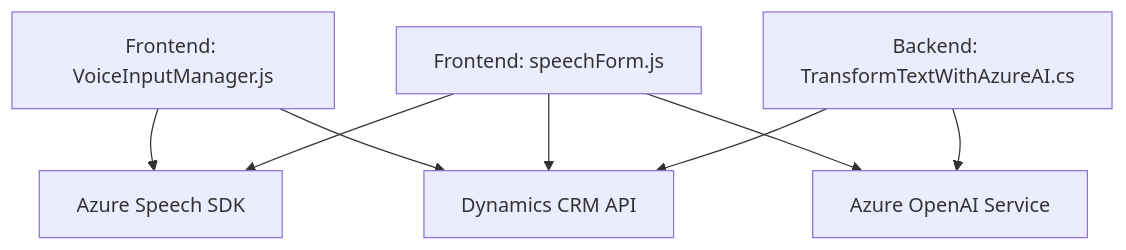
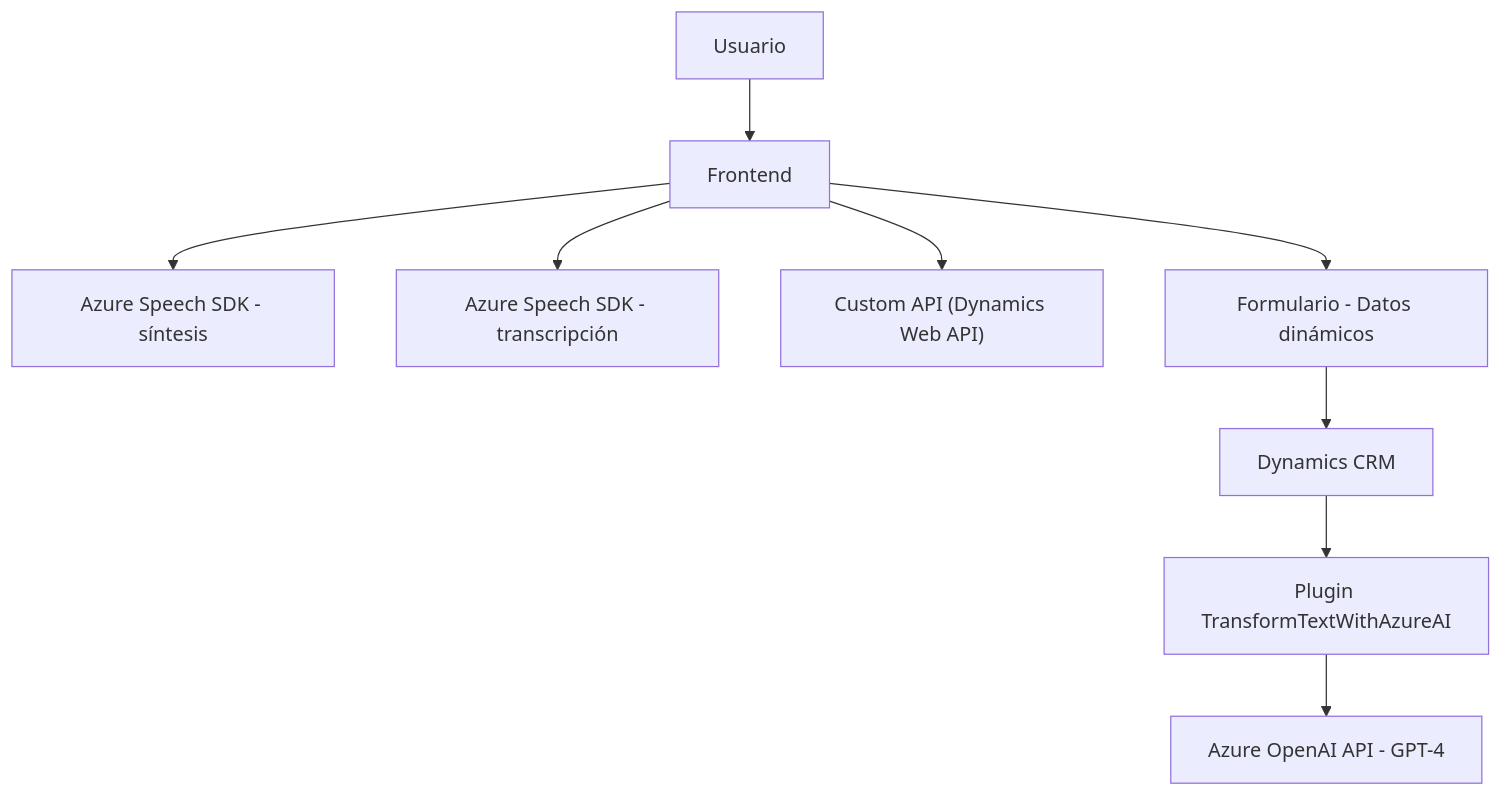
One commit to blopezdm/NETCORE_BILBAO2025 changed the diagram in README.md. Above: the diagram before and after it, drawn with Mermaid. The commit also changed other lines of this file, not shown here.

````diff
--- a/README.md
+++ b/README.md
@@ -49,17 +51,11 @@
 ```mermaid
 graph TD
-    A["Frontend: VoiceInputManager.js"]
-    B["Frontend: speechForm.js"]
-    C["Backend: TransformTextWithAzureAI.cs"]
-    D["Azure Speech SDK"]
-    E["Azure OpenAI Service"]
-    F["Dynamics CRM API"]
-    
-    A --> D
-    A --> F
-    B --> F
-    B --> D
-    B --> E
-    C --> F
-    C --> E
+  A["Usuario"] --> B["Frontend"]
+  B --> C["Azure Speech SDK - síntesis"]
+  B --> D["Azure Speech SDK - transcripción"]
+  B --> E["Custom API (Dynamics Web API)"]
+  B --> F["Formulario - Datos dinámicos"]
+  F --> J["Dynamics CRM"]
+  J --> G["Plugin TransformTextWithAzureAI"]
+  G --> H["Azure OpenAI API - GPT-4"]
 ```
````
